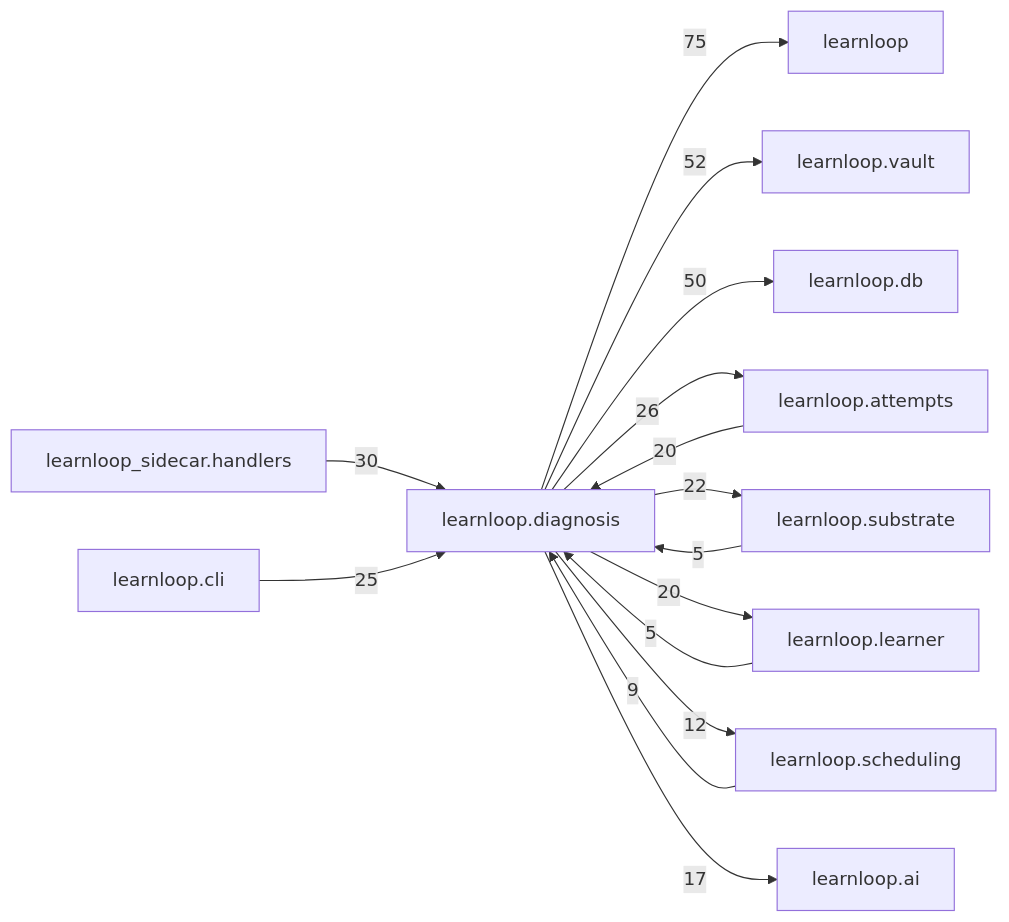
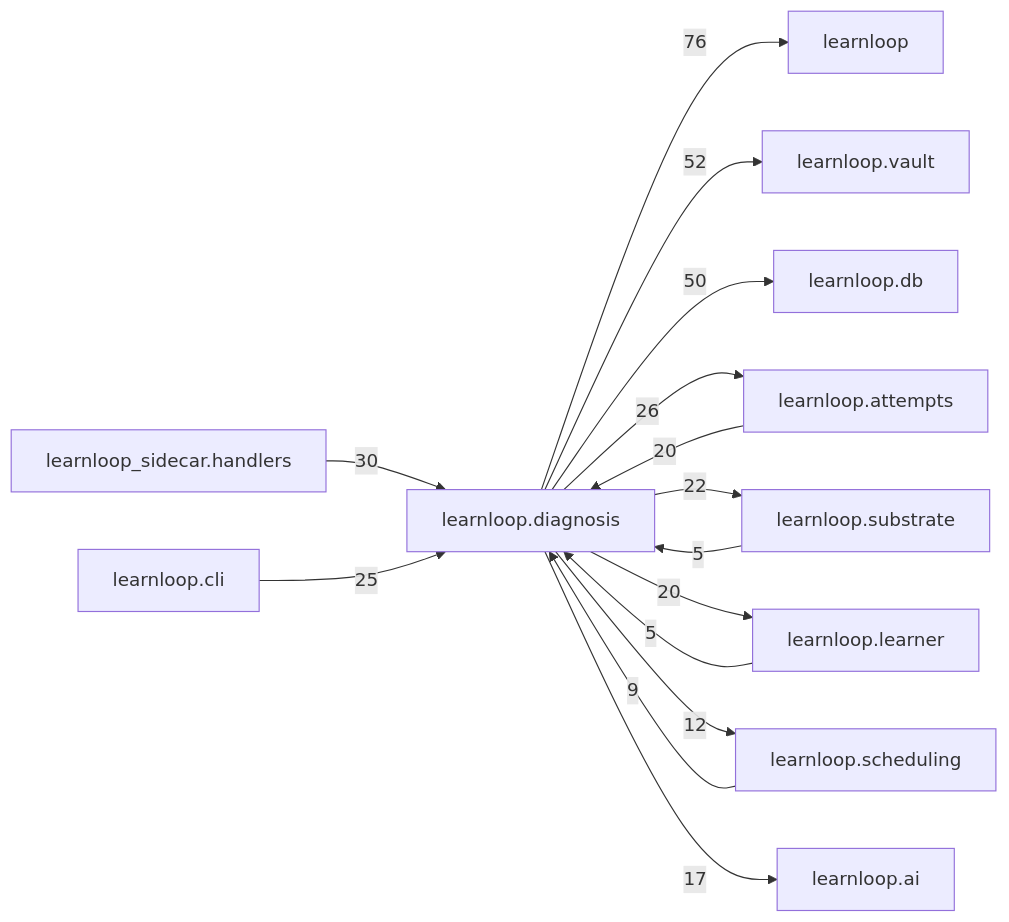
The diagram in docs/learnloop-architecture-vault/Reference/Modules/learnloop/diagnosis/_package.md (6up-b/learnanything), drawn with Mermaid before and after one commit. The commit also changed other lines of this file and 616 other files, not shown here.

````diff
--- a/docs/learnloop-architecture-vault/Reference/Modules/learnloop/diagnosis/_package.md
+++ b/docs/learnloop-architecture-vault/Reference/Modules/learnloop/diagnosis/_package.md
@@ -236,28 +238,28 @@
 ```mermaid
 flowchart LR
     center["learnloop.diagnosis"]
     n_learnloop["learnloop"]
     n_learnloop_vault["learnloop.vault"]
     n_learnloop_db["learnloop.db"]
     n_learnloop_attempts["learnloop.attempts"]
     n_learnloop_sidecar_handlers["learnloop_sidecar.handlers"]
     n_learnloop_substrate["learnloop.substrate"]
     n_learnloop_cli["learnloop.cli"]
     n_learnloop_learner["learnloop.learner"]
     n_learnloop_scheduling["learnloop.scheduling"]
     n_learnloop_ai["learnloop.ai"]
-    center -->|75| n_learnloop
+    center -->|76| n_learnloop
     center -->|52| n_learnloop_vault
     center -->|50| n_learnloop_db
     n_learnloop_attempts -->|20| center
     center -->|26| n_learnloop_attempts
     n_learnloop_sidecar_handlers -->|30| center
     n_learnloop_substrate -->|5| center
     center -->|22| n_learnloop_substrate
     n_learnloop_cli -->|25| center
     n_learnloop_learner -->|5| center
     center -->|20| n_learnloop_learner
     n_learnloop_scheduling -->|9| center
     center -->|12| n_learnloop_scheduling
     center -->|17| n_learnloop_ai
 ```
````
